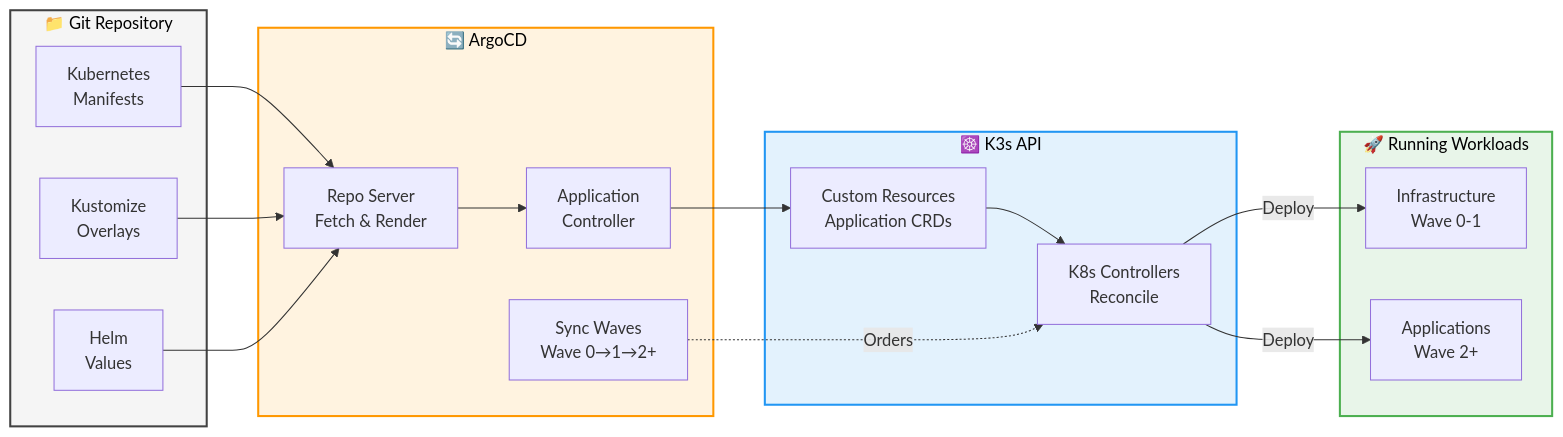
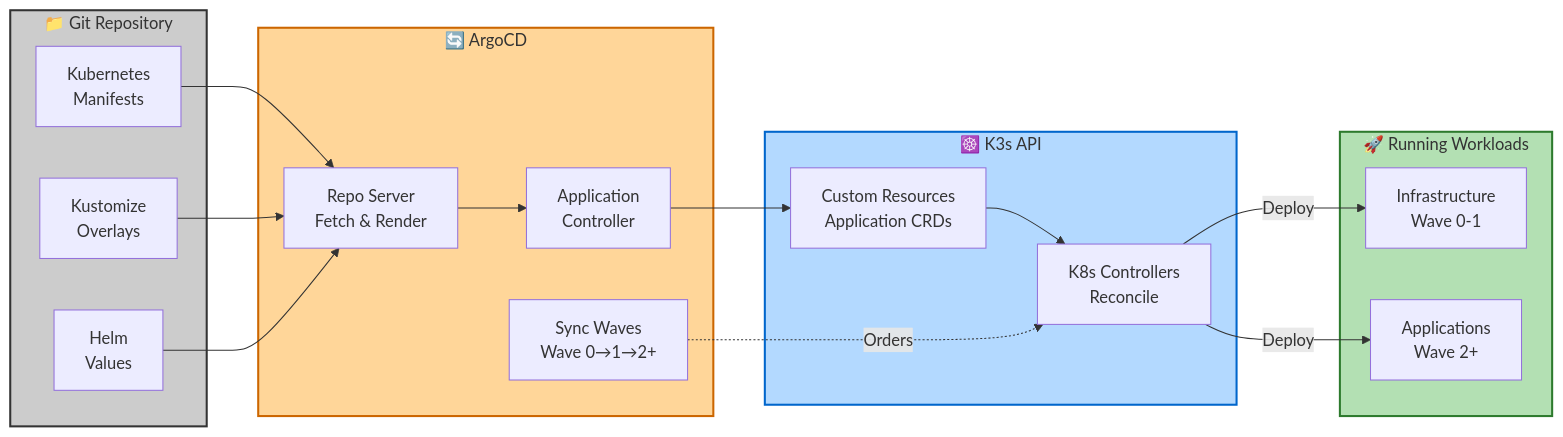
One commit to seadogger-tech/seadogger-homelab changed the third of 6 diagrams in docs/wiki/02-Architecture.md. Above: the diagram before and after it, drawn with Mermaid. The commit also changed other lines of this file and 1 other file, not shown here.

````diff
--- a/docs/wiki/02-Architecture.md
+++ b/docs/wiki/02-Architecture.md
@@ -173,42 +173,42 @@
 ```mermaid
 graph LR
     subgraph Git["📁 Git Repository"]
         Manifests[Kubernetes<br/>Manifests]
         Kustomize[Kustomize<br/>Overlays]
         Helm[Helm<br/>Values]
     end
 
     subgraph ArgoCD["🔄 ArgoCD"]
         RepoServer[Repo Server<br/>Fetch & Render]
         AppController[Application<br/>Controller]
         SyncWaves[Sync Waves<br/>Wave 0→1→2+]
     end
 
     subgraph K3s["☸️ K3s API"]
         CRDs[Custom Resources<br/>Application CRDs]
         Controllers[K8s Controllers<br/>Reconcile]
     end
 
     subgraph Cluster["🚀 Running Workloads"]
         Infra[Infrastructure<br/>Wave 0-1]
         Applications[Applications<br/>Wave 2+]
     end
 
     Manifests --> RepoServer
     Kustomize --> RepoServer
     Helm --> RepoServer
 
     RepoServer --> AppController
     AppController --> CRDs
 
     CRDs --> Controllers
     SyncWaves -.->|Orders| Controllers
 
     Controllers -->|Deploy| Infra
     Controllers -->|Deploy| Applications
 
-    style Git fill:#f5f5f5,stroke:#424242,stroke-width:2px,color:#000
-    style ArgoCD fill:#fff3e0,stroke:#ff9800,stroke-width:2px,color:#000
-    style K3s fill:#e3f2fd,stroke:#2196f3,stroke-width:2px,color:#000
-    style Cluster fill:#e8f5e9,stroke:#4caf50,stroke-width:2px,color:#000
+    style Git fill:#cccccc,stroke:#333333,stroke-width:2px
+    style ArgoCD fill:#ffd699,stroke:#cc6600,stroke-width:2px
+    style K3s fill:#b3d9ff,stroke:#0066cc,stroke-width:2px
+    style Cluster fill:#b3e0b3,stroke:#2d7a2d,stroke-width:2px
 ```
````
